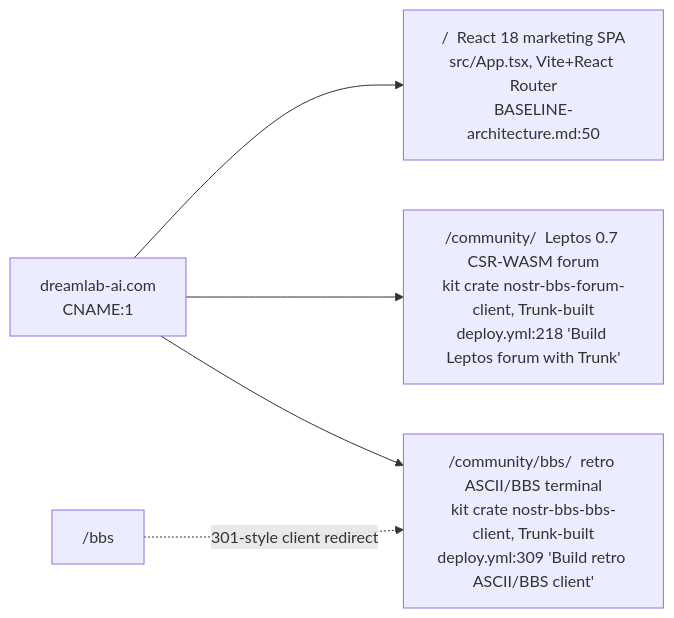
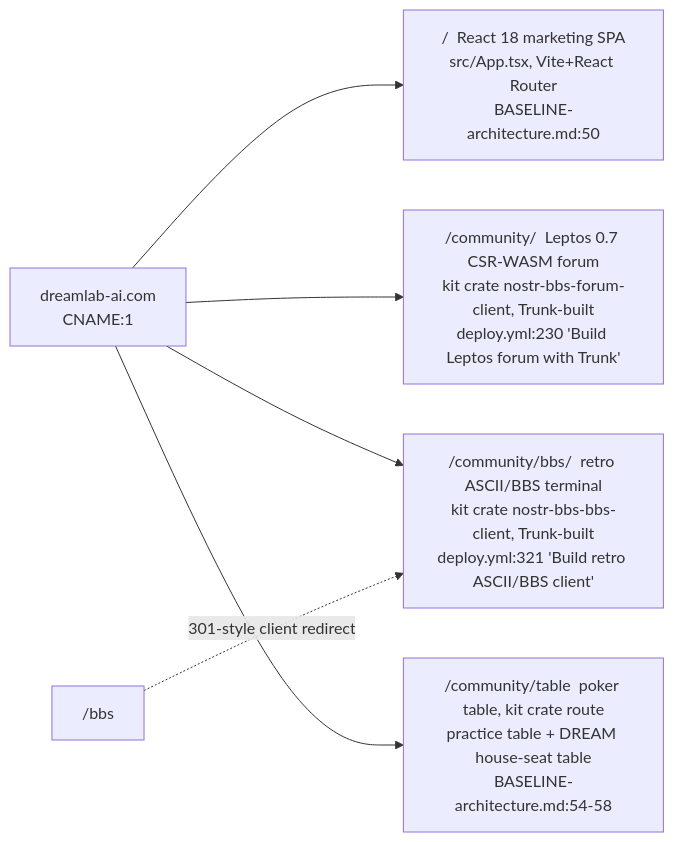
One commit to DreamLab-AI/VisionFlow changed the second of 7 diagrams in docs/diagrams/dreamlab-ai-website/01-repo-composition-and-deploy-topology.md. Above: the diagram before and after it, drawn with Mermaid. The commit also changed other lines of this file and 111 other files, not shown here.

Commit message:
docs(diagrams): align estate maps with current source

````diff
--- a/docs/diagrams/dreamlab-ai-website/01-repo-composition-and-deploy-topology.md
+++ b/docs/diagrams/dreamlab-ai-website/01-repo-composition-and-deploy-topology.md
@@ -37,7 +38,8 @@
 ```mermaid
 flowchart LR
     ORIGIN["dreamlab-ai.com<br/>CNAME:1"] --> ROOT["/  React 18 marketing SPA<br/>src/App.tsx, Vite+React Router<br/>BASELINE-architecture.md:50"]
-    ORIGIN --> COMM["/community/  Leptos 0.7 CSR-WASM forum<br/>kit crate nostr-bbs-forum-client, Trunk-built<br/>deploy.yml:218 'Build Leptos forum with Trunk'"]
-    ORIGIN --> BBS["/community/bbs/  retro ASCII/BBS terminal<br/>kit crate nostr-bbs-bbs-client, Trunk-built<br/>deploy.yml:309 'Build retro ASCII/BBS client'"]
+    ORIGIN --> COMM["/community/  Leptos 0.7 CSR-WASM forum<br/>kit crate nostr-bbs-forum-client, Trunk-built<br/>deploy.yml:230 'Build Leptos forum with Trunk'"]
+    ORIGIN --> BBS["/community/bbs/  retro ASCII/BBS terminal<br/>kit crate nostr-bbs-bbs-client, Trunk-built<br/>deploy.yml:321 'Build retro ASCII/BBS client'"]
+    ORIGIN --> TBL["/community/table  poker table, kit crate route<br/>practice table + DREAM house-seat table<br/>BASELINE-architecture.md:54-58"]
     LEGACY["/bbs"] -. "301-style client redirect" .-> BBS
 ```
````
